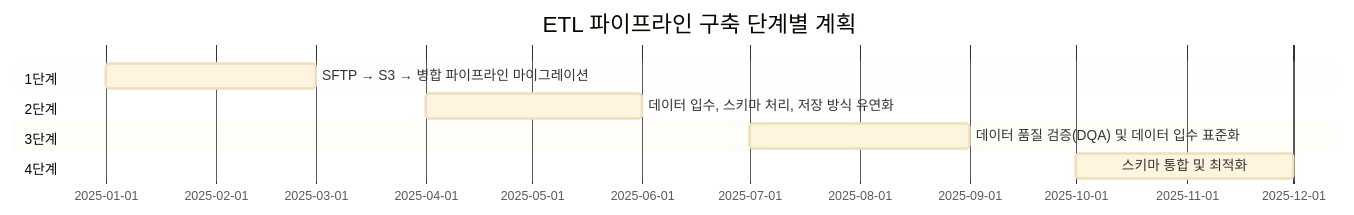
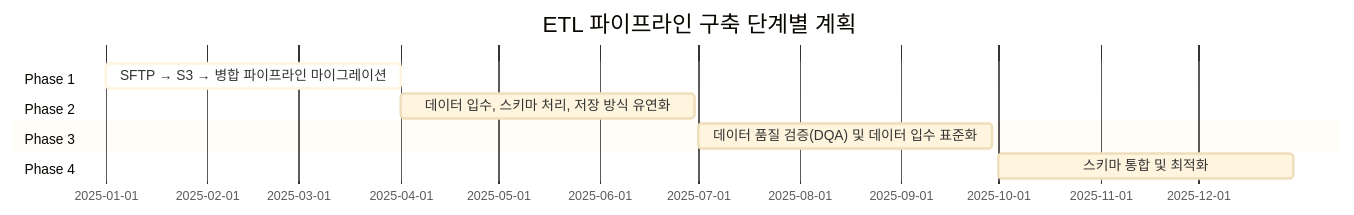
The first of 11 diagrams in _posts/2025-03-18-etl-pipeline.md (yeokyeong-yoon/yeokyeong-yoon.github.io), drawn with Mermaid before and after one commit.

Commit message:
docs: Update Gantt chart to use phases instead of specific dates

````diff
--- a/_posts/2025-03-18-etl-pipeline.md
+++ b/_posts/2025-03-18-etl-pipeline.md
@@ -80,14 +80,14 @@
 ```mermaid
 %%{init: {'theme': 'base', 'themeVariables': { 'fontSize': '16px'}}}%%
 gantt
     title ETL 파이프라인 구축 단계별 계획
-    dateFormat  YY-MM
-    section 1단계
-    SFTP → S3 → 병합 파이프라인 마이그레이션    :25-01, 25-03
-    section 2단계
-    데이터 입수, 스키마 처리, 저장 방식 유연화    :25-04, 25-06
-    section 3단계
-    데이터 품질 검증(DQA) 및 데이터 입수 표준화    :25-07, 25-09
-    section 4단계
-    스키마 통합 및 최적화    :25-10, 25-12
+    dateFormat  YYYY-MM-DD
+    section Phase 1
+    SFTP → S3 → 병합 파이프라인 마이그레이션    :active, 2025-01-01, 90d
+    section Phase 2
+    데이터 입수, 스키마 처리, 저장 방식 유연화    :2025-04-01, 90d
+    section Phase 3
+    데이터 품질 검증(DQA) 및 데이터 입수 표준화    :2025-07-01, 90d
+    section Phase 4
+    스키마 통합 및 최적화    :2025-10-01, 90d
 ```
````
